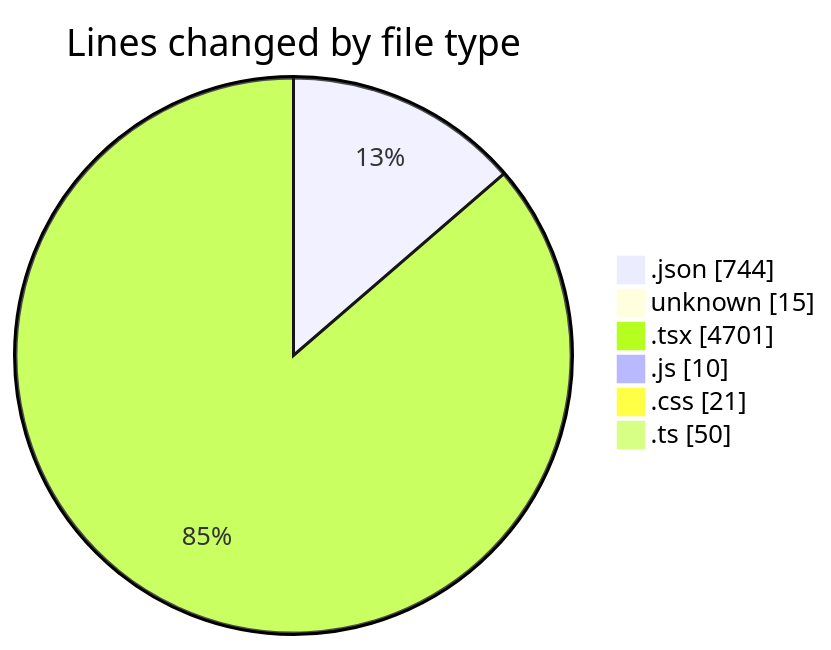
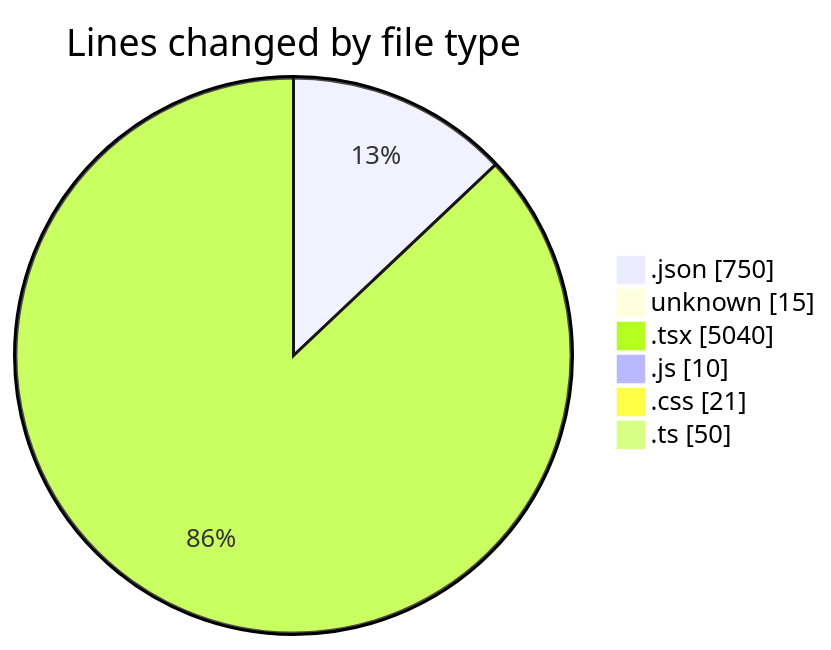
The first of 2 diagrams in 2025-05-02/niten/README.md (Elitesun/code-tracking), drawn with Mermaid before and after one commit. The commit also changed other lines of this file and 1 other file, not shown here.

````diff
--- a/2025-05-02/niten/README.md
+++ b/2025-05-02/niten/README.md
@@ -67,10 +68,10 @@
 ```mermaid
 pie showData
 title Lines changed by file type
-".json" : 744
+".json" : 750
 "unknown" : 15
-".tsx" : 4701
+".tsx" : 5040
 ".js" : 10
 ".css" : 21
 ".ts" : 50
 ```
````
